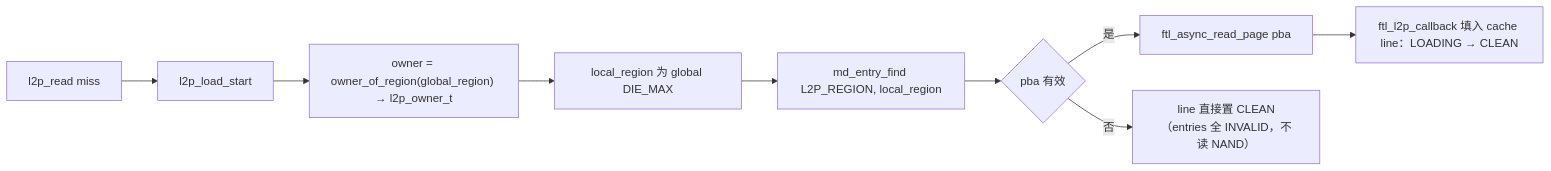
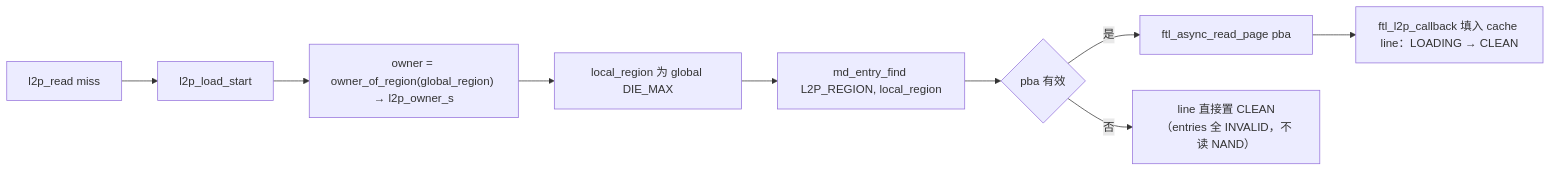
Before and after one commit to YzYMIAO/BASESSD: the tenth of 36 diagrams in docs/design/ftl_design.md, drawn with Mermaid. The commit also changed other lines of this file and 177 other files, not shown here.

````diff
--- a/docs/design/ftl_design.md
+++ b/docs/design/ftl_design.md
@@ -1896,11 +1896,11 @@
 ```mermaid
 flowchart LR
     A["l2p_read miss"] --> B["l2p_load_start"]
-    B --> C["owner = owner_of_region(global_region) → l2p_owner_t"]
+    B --> C["owner = owner_of_region(global_region) → l2p_owner_s"]
     C --> D["local_region 为 global DIE_MAX"]
     D --> E["md_entry_find L2P_REGION, local_region"]
     E --> F{"pba 有效"}
     F -- "是" --> G["ftl_async_read_page pba"]
     G --> I["ftl_l2p_callback 填入 cache line：LOADING → CLEAN"]
     F -- "否" --> H["line 直接置 CLEAN（entries 全 INVALID，不读 NAND）"]
 ```
````
